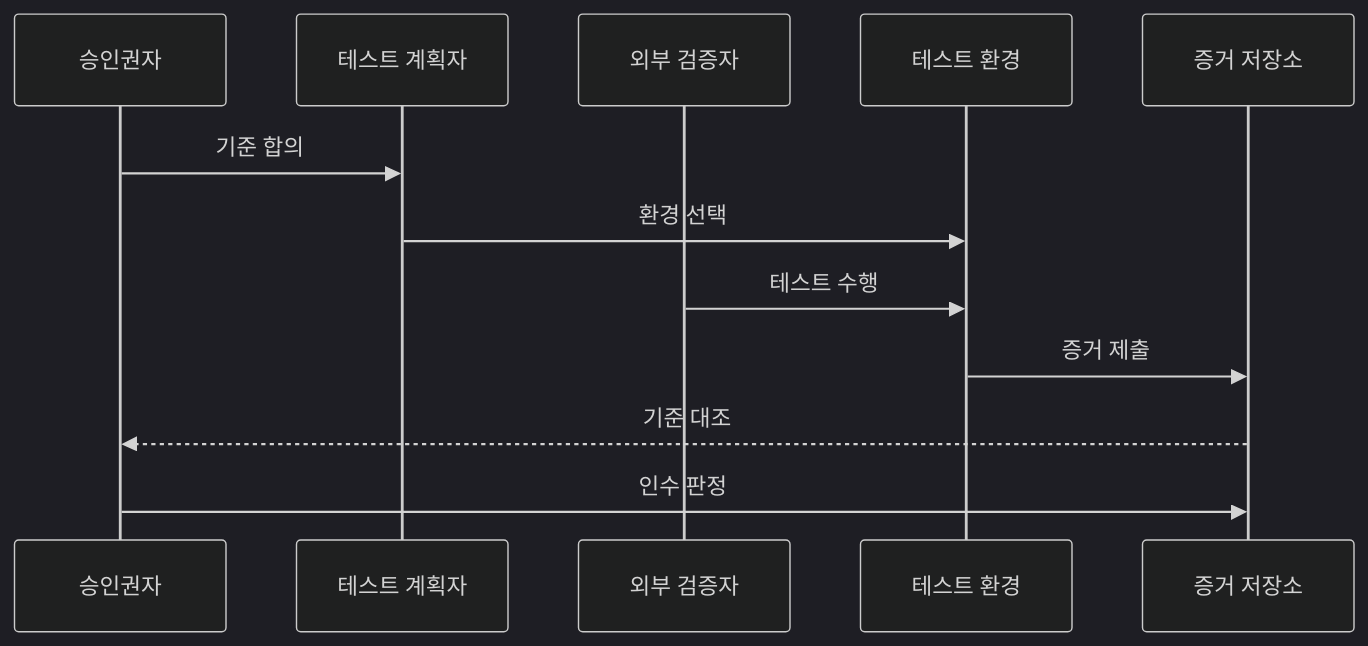
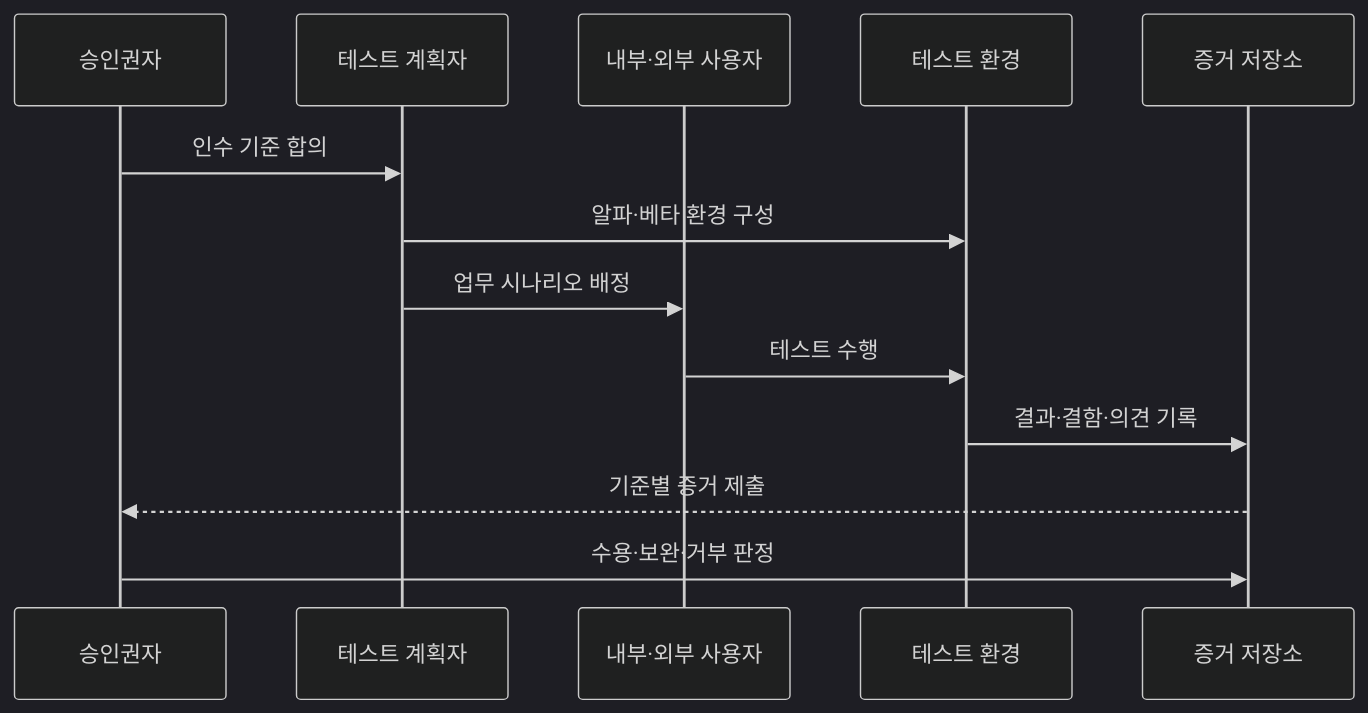
Before and after one commit to agnusdei1207/knowledge-base: the second of 2 diagrams in src/content/docs/notes/03-software/062_alpha_beta_acceptance_testing.md, drawn with Mermaid (dark theme). The commit also changed other lines of this file and 7 other files, not shown here.

````diff
--- a/src/content/docs/notes/03-software/062_alpha_beta_acceptance_testing.md
+++ b/src/content/docs/notes/03-software/062_alpha_beta_acceptance_testing.md
@@ -87,14 +81,15 @@
 ```mermaid
 sequenceDiagram
     participant A as 승인권자
-    participant T as 테스트 계획자
-    participant U as 외부 검증자
+    participant P as 테스트 계획자
+    participant U as 내부·외부 사용자
     participant E as 테스트 환경
     participant R as 증거 저장소
-    A->>T: 기준 합의
-    T->>E: 환경 선택
+    A->>P: 인수 기준 합의
+    P->>E: 알파·베타 환경 구성
+    P->>U: 업무 시나리오 배정
     U->>E: 테스트 수행
-    E->>R: 증거 제출
-    R-->>A: 기준 대조
-    A->>R: 인수 판정
+    E->>R: 결과·결함·의견 기록
+    R-->>A: 기준별 증거 제출
+    A->>R: 수용·보완·거부 판정
 ```
````
